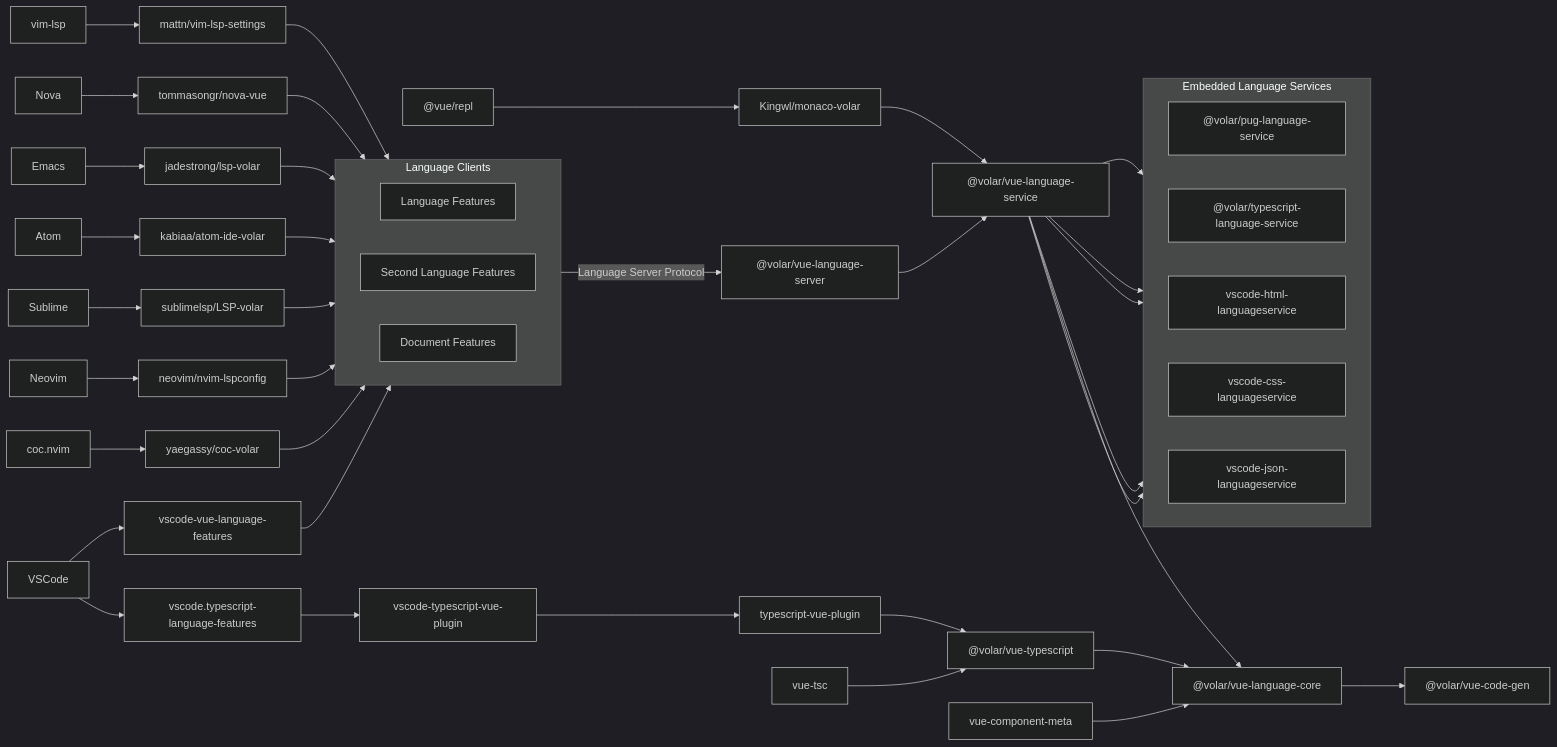
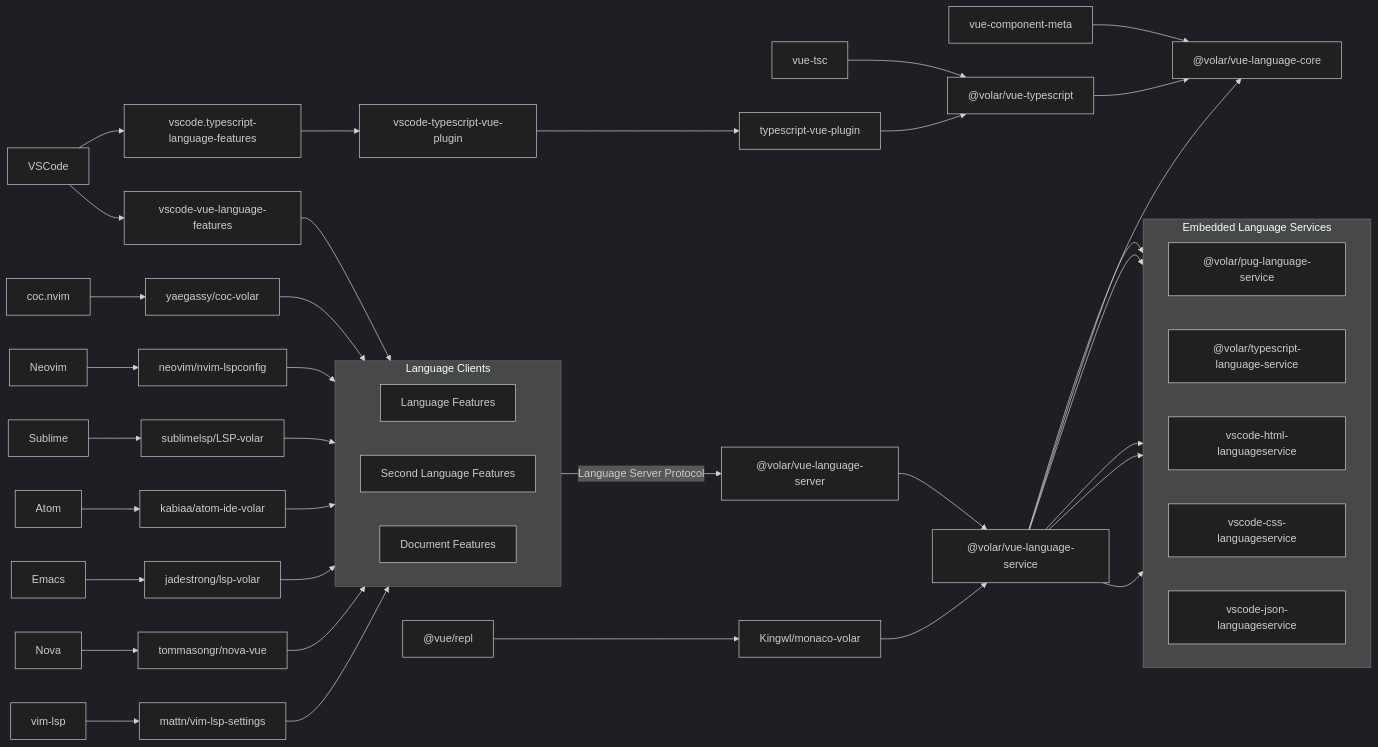
Before and after one commit to vuejs/language-tools: the diagram in README.md, drawn with Mermaid (dark theme). The commit also changed 73 other files, not shown here.

````diff
--- a/README.md
+++ b/README.md
@@ -127,7 +127,6 @@
 	VOLAR_VUE_SERVER["@volar/vue-language-server"]
 	VOLAR_VUE_TS["@volar/vue-typescript"]
 	VOLAR_VUE_CORE["@volar/vue-language-core"]
-	VOLAR_VUE_CG["@volar/vue-code-gen"]
 	VOLAR_VUE_SERVICE["@volar/vue-language-service"]
 	VOLAR_PUG_SERVICE["@volar/pug-language-service"]
 	VOLAR_TS_SERVICE["@volar/typescript-language-service"]
@@ -140,7 +139,6 @@
 	click VOLAR_VUE_SERVER "https://github.com/johnsoncodehk/volar/tree/master/packages/vue-language-server"
 	click VOLAR_VUE_TS "https://github.com/johnsoncodehk/volar/tree/master/packages/vue-typescript"
 	click VOLAR_VUE_CORE "https://github.com/johnsoncodehk/volar/tree/master/packages/vue-language-core"
-	click VOLAR_VUE_CG "https://github.com/johnsoncodehk/volar/tree/master/packages/vue-code-gen"
 	click VOLAR_VUE_SERVICE "https://github.com/johnsoncodehk/volar/tree/master/packages/vue-language-service"
 	click VOLAR_PUG_SERVICE "https://github.com/johnsoncodehk/volar/tree/master/packages/pug-language-service"
 	click VOLAR_TS_SERVICE "https://github.com/johnsoncodehk/volar/tree/master/packages/typescript-language-service"
@@ -239,6 +237,4 @@
 	VOLAR_VUE_SERVICE --> HTML_SERVICE
 	VOLAR_VUE_SERVICE --> CSS_SERVICE
 	VOLAR_VUE_SERVICE --> JSON_SERVICE
-
-	VOLAR_VUE_CORE --> VOLAR_VUE_CG
 ```
````
